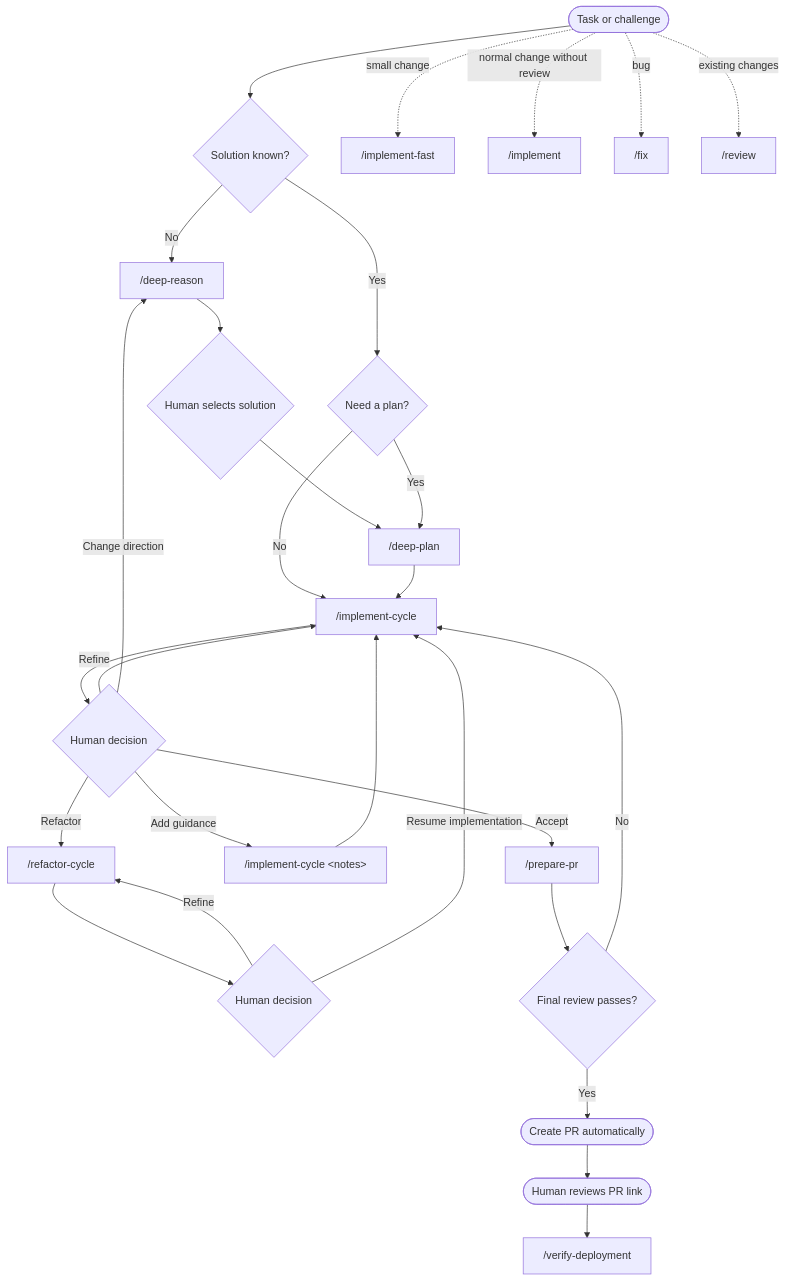
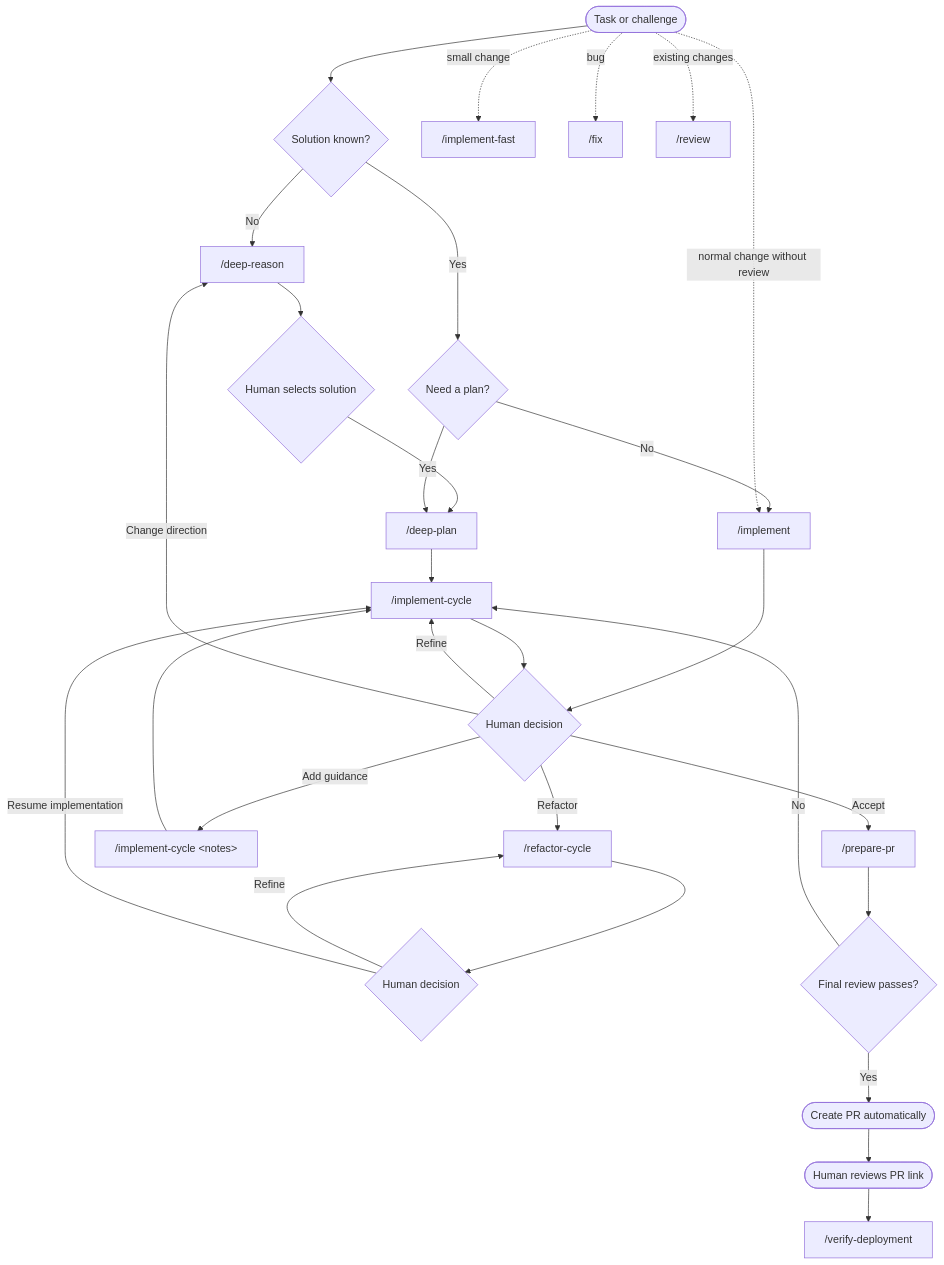
The diagram in README.md (ceoro9/opencode-setup), drawn with Mermaid before and after one commit. The commit also changed other lines of this file and 4 other files, not shown here.

````diff
--- a/README.md
+++ b/README.md
@@ -24,35 +24,36 @@
 ```mermaid
 flowchart TD
     Start([Task or challenge]) --> Known{Solution known?}
 
     Known -- No --> Reason["/deep-reason"]
     Reason --> Select{Human selects solution}
     Select --> Plan["/deep-plan"]
 
     Known -- Yes --> NeedPlan{Need a plan?}
     NeedPlan -- Yes --> Plan
-    NeedPlan -- No --> Cycle["/implement-cycle"]
-    Plan --> Cycle
+    NeedPlan -- No --> Implement["/implement"]
+    Plan --> Cycle["/implement-cycle"]
 
-    Cycle --> Decision{Human decision}
+    Implement --> Decision{Human decision}
+    Cycle --> Decision
     Decision -- Refactor --> Refactor["/refactor-cycle"]
     Refactor --> RefactorDecision{Human decision}
     RefactorDecision -- Refine --> Refactor
     RefactorDecision -- Resume implementation --> Cycle
     Decision -- Refine --> Cycle
     Decision -- Add guidance --> Notes["/implement-cycle &lt;notes&gt;"]
     Notes --> Cycle
     Decision -- Change direction --> Reason
     Decision -- Accept --> Prepare["/prepare-pr"]
 
     Prepare --> Ready{Final review passes?}
     Ready -- No --> Cycle
     Ready -- Yes --> PR([Create PR automatically])
     PR --> Manual([Human reviews PR link])
     Manual --> Deploy["/verify-deployment"]
 
     Start -. small change .-> Fast["/implement-fast"]
     Start -. normal change without review .-> Implement["/implement"]
     Start -. bug .-> Fix["/fix"]
     Start -. existing changes .-> Review["/review"]
 ```
````
